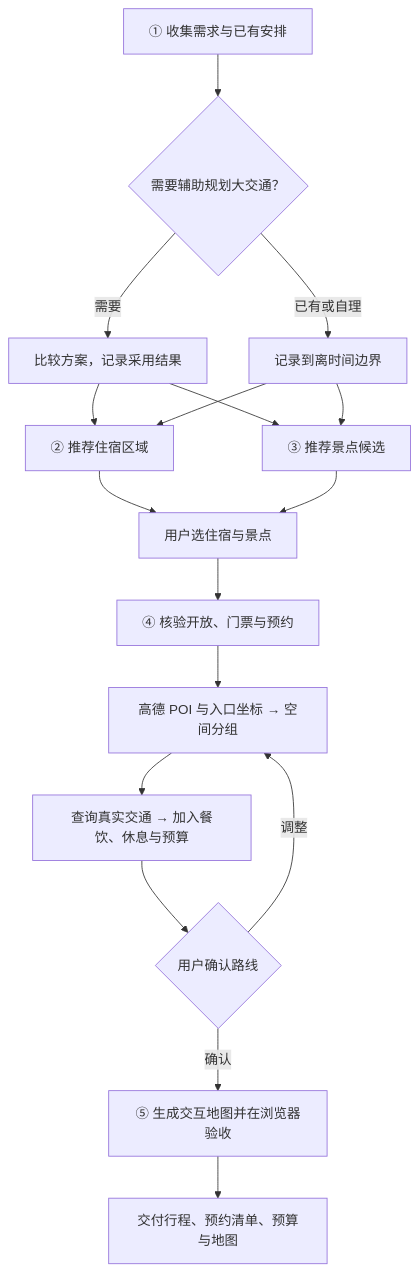
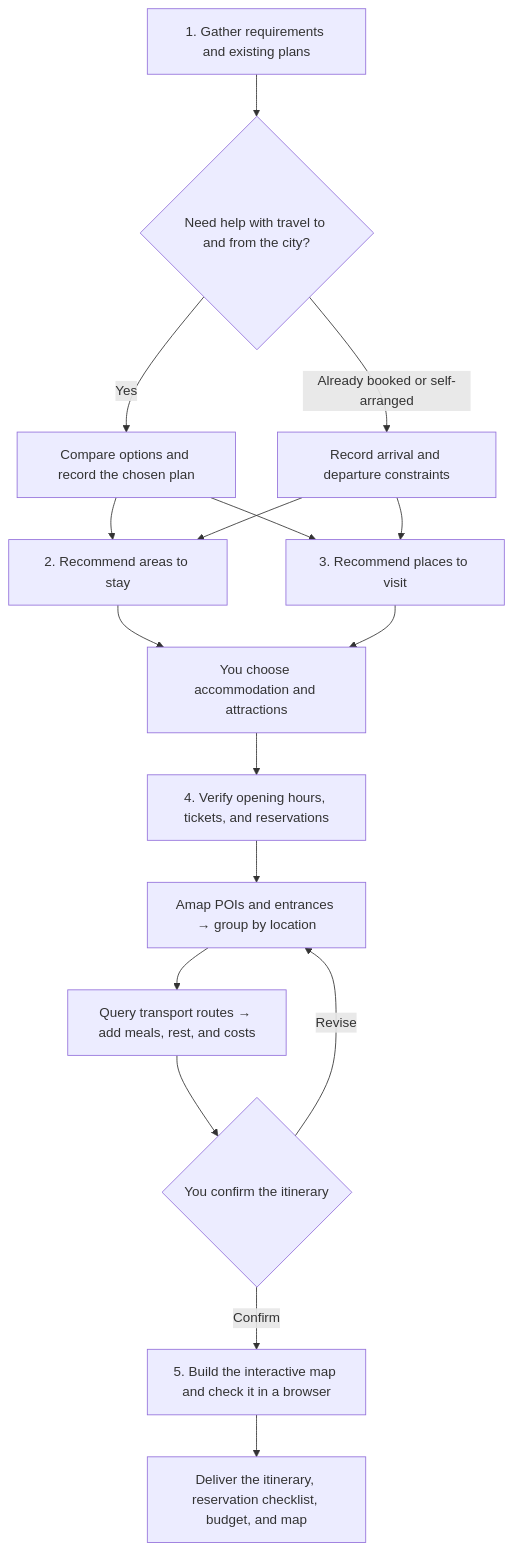
The diagram in README.md (megumi-ben/marco-polo.skill), drawn with Mermaid before and after one commit. The commit also changed other lines of this file and 3 other files, not shown here.

Commit message:
Add bilingual READMEs and showcase the Nanjing travel map

````diff
--- a/README.md
+++ b/README.md
@@ -69,19 +155,19 @@
 ```mermaid
 flowchart TD
-    A[① 收集需求与已有安排] --> B{需要辅助规划大交通？}
-    B -->|需要| C[比较方案，记录采用结果]
-    B -->|已有或自理| D[记录到离时间边界]
-    C --> E[② 推荐住宿区域]
+    A["1. Gather requirements and existing plans"] --> B{"Need help with travel to and from the city?"}
+    B -->|Yes| C["Compare options and record the chosen plan"]
+    B -->|Already booked or self-arranged| D["Record arrival and departure constraints"]
+    C --> E["2. Recommend areas to stay"]
     D --> E
-    C --> F[③ 推荐景点候选]
+    C --> F["3. Recommend places to visit"]
     D --> F
-    E --> G[用户选住宿与景点]
+    E --> G["You choose accommodation and attractions"]
     F --> G
-    G --> H[④ 核验开放、门票与预约]
-    H --> I[高德 POI 与入口坐标 → 空间分组]
-    I --> J[查询真实交通 → 加入餐饮、休息与预算]
-    J --> K{用户确认路线}
-    K -->|调整| I
-    K -->|确认| L[⑤ 生成交互地图并在浏览器验收]
-    L --> M[交付行程、预约清单、预算与地图]
+    G --> H["4. Verify opening hours, tickets, and reservations"]
+    H --> I["Amap POIs and entrances → group by location"]
+    I --> J["Query transport routes → add meals, rest, and costs"]
+    J --> K{"You confirm the itinerary"}
+    K -->|Revise| I
+    K -->|Confirm| L["5. Build the interactive map and check it in a browser"]
+    L --> M["Deliver the itinerary, reservation checklist, budget, and map"]
 ```
````
